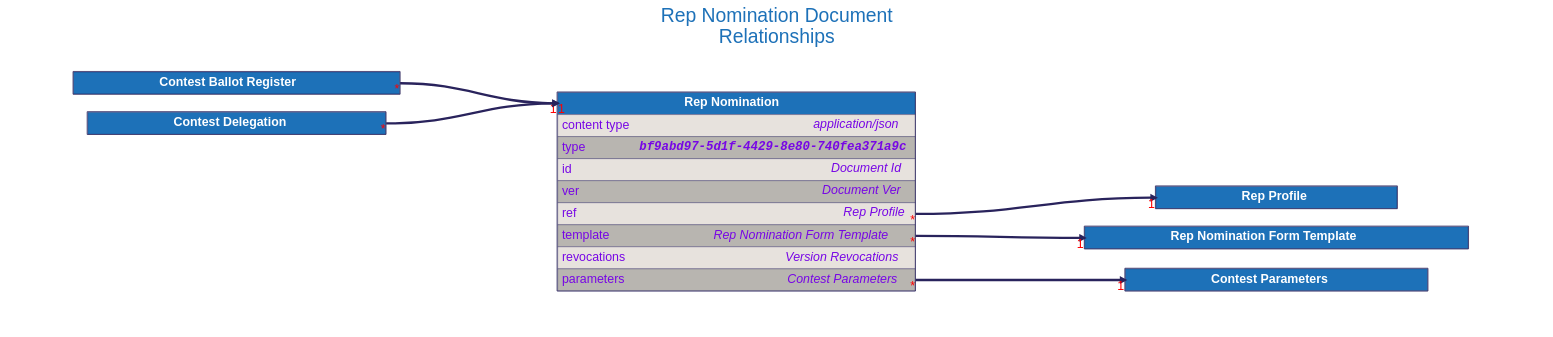
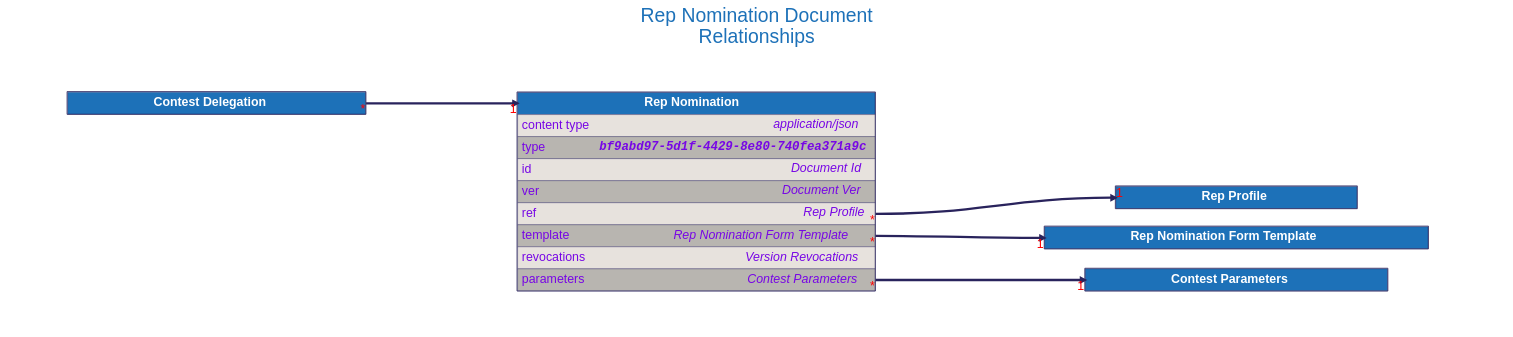
Before and after one commit to input-output-hk/catalyst-libs: the diagram in docs/src/architecture/08_concepts/signed_doc/diagrams/rep_nomination.dot, drawn with Graphviz. The commit also changed 25 other files, not shown here.

```diff
--- a/docs/src/architecture/08_concepts/signed_doc/diagrams/rep_nomination.dot
+++ b/docs/src/architecture/08_concepts/signed_doc/diagrams/rep_nomination.dot
@@ -1,191 +1,175 @@
 digraph "Rep Nomination" {
     rankdir="LR"
     graph [fontname="helvetica", fontsize="32", fontcolor="#29235c", bgcolor="white"];
     node [penwidth="0", margin="0", fontname="helvetica", fontsize="32", fontcolor="#29235c"];
     edge [fontname="helvetica", fontsize="32", fontcolor="red", color="#29235c"];
 
     labelloc="t"
     label="Rep Nomination Document
 Relationships"
     fontcolor="#1d71b8"
     fontsize=50
     compound=true
 
 
 
     "Rep Profile" [
         id="Rep Profile";
         label=<
             <TABLE BORDER="2" COLOR="#29235c" CELLBORDER="1" CELLSPACING="0" CELLPADDING="10">
             <TR>
                 <TD PORT="title" BGCOLOR="#1d71b8" HREF="../rep_profile/">
                     <FONT COLOR="#ffffff"><B> Rep Profile </B></FONT>
                 </TD>
             </TR>
 
             </TABLE>
         >
     ];
 
 
     "Rep Nomination Form Template" [
         id="Rep Nomination Form Template";
         label=<
             <TABLE BORDER="2" COLOR="#29235c" CELLBORDER="1" CELLSPACING="0" CELLPADDING="10">
             <TR>
                 <TD PORT="title" BGCOLOR="#1d71b8" HREF="../rep_nomination_form_template/">
                     <FONT COLOR="#ffffff"><B> Rep Nomination Form Template </B></FONT>
                 </TD>
             </TR>
 
             </TABLE>
         >
     ];
 
 
     "Contest Parameters" [
         id="Contest Parameters";
         label=<
             <TABLE BORDER="2" COLOR="#29235c" CELLBORDER="1" CELLSPACING="0" CELLPADDING="10">
             <TR>
                 <TD PORT="title" BGCOLOR="#1d71b8" HREF="../contest_parameters/">
                     <FONT COLOR="#ffffff"><B> Contest Parameters </B></FONT>
                 </TD>
             </TR>
 
             </TABLE>
         >
     ];
 
 
     "Rep Nomination" [
         id="Rep Nomination";
         label=<
             <TABLE BORDER="2" COLOR="#29235c" CELLBORDER="1" CELLSPACING="0" CELLPADDING="10">
             <TR>
                 <TD PORT="title" BGCOLOR="#1d71b8" HREF="../rep_nomination/">
                     <FONT COLOR="#ffffff"><B> Rep Nomination </B></FONT>
                 </TD>
             </TR>
             <TR>
                 <TD ALIGN="LEFT" PORT="content type" BGCOLOR="#e7e2dd">
                     <TABLE CELLPADDING="0" CELLSPACING="0" BORDER="0">
                         <TR>
                             <TD ALIGN="LEFT" VALIGN="TOP" WIDTH="200"><FONT COLOR="#7706E5">content type</FONT></TD>
                             <TD ALIGN="RIGHT"><FONT COLOR="#7706E5"><I>application/json</I></FONT></TD>
                         </TR>
                     </TABLE>
                 </TD>
             </TR>
             <TR>
                 <TD ALIGN="LEFT" PORT="type" BGCOLOR="#b8b5b0">
                     <TABLE CELLPADDING="0" CELLSPACING="0" BORDER="0">
                         <TR>
                             <TD ALIGN="LEFT" VALIGN="TOP" WIDTH="200"><FONT COLOR="#7706E5">type</FONT></TD>
                             <TD ALIGN="RIGHT"><FONT FACE="Courier" COLOR="#7706E5"><B><I>bf9abd97-5d1f-4429-8e80-740fea371a9c</I></B></FONT></TD>
                         </TR>
                     </TABLE>
                 </TD>
             </TR>
             <TR>
                 <TD ALIGN="LEFT" PORT="id" BGCOLOR="#e7e2dd">
                     <TABLE CELLPADDING="0" CELLSPACING="0" BORDER="0">
                         <TR>
                             <TD ALIGN="LEFT" VALIGN="TOP" WIDTH="200"><FONT COLOR="#7706E5">id</FONT></TD>
                             <TD ALIGN="RIGHT"><FONT COLOR="#7706E5"><I>Document Id</I></FONT></TD>
                         </TR>
                     </TABLE>
                 </TD>
             </TR>
             <TR>
                 <TD ALIGN="LEFT" PORT="ver" BGCOLOR="#b8b5b0">
                     <TABLE CELLPADDING="0" CELLSPACING="0" BORDER="0">
                         <TR>
                             <TD ALIGN="LEFT" VALIGN="TOP" WIDTH="200"><FONT COLOR="#7706E5">ver</FONT></TD>
                             <TD ALIGN="RIGHT"><FONT COLOR="#7706E5"><I>Document Ver</I></FONT></TD>
                         </TR>
                     </TABLE>
                 </TD>
             </TR>
             <TR>
                 <TD ALIGN="LEFT" PORT="ref" BGCOLOR="#e7e2dd">
                     <TABLE CELLPADDING="0" CELLSPACING="0" BORDER="0">
                         <TR>
                             <TD ALIGN="LEFT" VALIGN="TOP" WIDTH="200"><FONT COLOR="#7706E5">ref</FONT></TD>
                             <TD ALIGN="RIGHT"><FONT COLOR="#7706E5"><I>Rep Profile</I></FONT></TD>
                         </TR>
                     </TABLE>
                 </TD>
             </TR>
             <TR>
                 <TD ALIGN="LEFT" PORT="template" BGCOLOR="#b8b5b0">
                     <TABLE CELLPADDING="0" CELLSPACING="0" BORDER="0">
                         <TR>
                             <TD ALIGN="LEFT" VALIGN="TOP" WIDTH="200"><FONT COLOR="#7706E5">template</FONT></TD>
                             <TD ALIGN="RIGHT"><FONT COLOR="#7706E5"><I>Rep Nomination Form Template</I></FONT></TD>
                         </TR>
                     </TABLE>
                 </TD>
             </TR>
             <TR>
                 <TD ALIGN="LEFT" PORT="revocations" BGCOLOR="#e7e2dd">
                     <TABLE CELLPADDING="0" CELLSPACING="0" BORDER="0">
                         <TR>
                             <TD ALIGN="LEFT" VALIGN="TOP" WIDTH="200"><FONT COLOR="#7706E5">revocations</FONT></TD>
                             <TD ALIGN="RIGHT"><FONT COLOR="#7706E5"><I>Version Revocations</I></FONT></TD>
                         </TR>
                     </TABLE>
                 </TD>
             </TR>
             <TR>
                 <TD ALIGN="LEFT" PORT="parameters" BGCOLOR="#b8b5b0">
                     <TABLE CELLPADDING="0" CELLSPACING="0" BORDER="0">
                         <TR>
                             <TD ALIGN="LEFT" VALIGN="TOP" WIDTH="200"><FONT COLOR="#7706E5">parameters</FONT></TD>
                             <TD ALIGN="RIGHT"><FONT COLOR="#7706E5"><I>Contest Parameters</I></FONT></TD>
                         </TR>
                     </TABLE>
                 </TD>
             </TR>
 
             </TABLE>
         >
     ];
 
 
-    "Contest Ballot Register" [
-        id="Contest Ballot Register";
-        label=<
-            <TABLE BORDER="2" COLOR="#29235c" CELLBORDER="1" CELLSPACING="0" CELLPADDING="10">
-            <TR>
-                <TD PORT="title" BGCOLOR="#1d71b8" HREF="../contest_ballot_register/">
-                    <FONT COLOR="#ffffff"><B> Contest Ballot Register </B></FONT>
-                </TD>
-            </TR>
-
-            </TABLE>
-        >
-    ];
-
-
     "Contest Delegation" [
         id="Contest Delegation";
         label=<
             <TABLE BORDER="2" COLOR="#29235c" CELLBORDER="1" CELLSPACING="0" CELLPADDING="10">
             <TR>
                 <TD PORT="title" BGCOLOR="#1d71b8" HREF="../contest_delegation/">
                     <FONT COLOR="#ffffff"><B> Contest Delegation </B></FONT>
                 </TD>
             </TR>
 
             </TABLE>
         >
     ];
 
 
     "Rep Nomination":"ref":e -> "Rep Profile":"title":w [dir=forward, penwidth=6, color="#29235c", headlabel="1", taillabel="*"]
     "Rep Nomination":"template":e -> "Rep Nomination Form Template":"title":w [dir=forward, penwidth=6, color="#29235c", headlabel="1", taillabel="*"]
     "Rep Nomination":"parameters":e -> "Contest Parameters":"title":w [dir=forward, penwidth=6, color="#29235c", headlabel="1", taillabel="*"]
-    "Contest Ballot Register":"title":e -> "Rep Nomination":"title":w [dir=forward, penwidth=6, color="#29235c", headlabel="1", taillabel="*"]
     "Contest Delegation":"title":e -> "Rep Nomination":"title":w [dir=forward, penwidth=6, color="#29235c", headlabel="1", taillabel="*"]
 }
```
